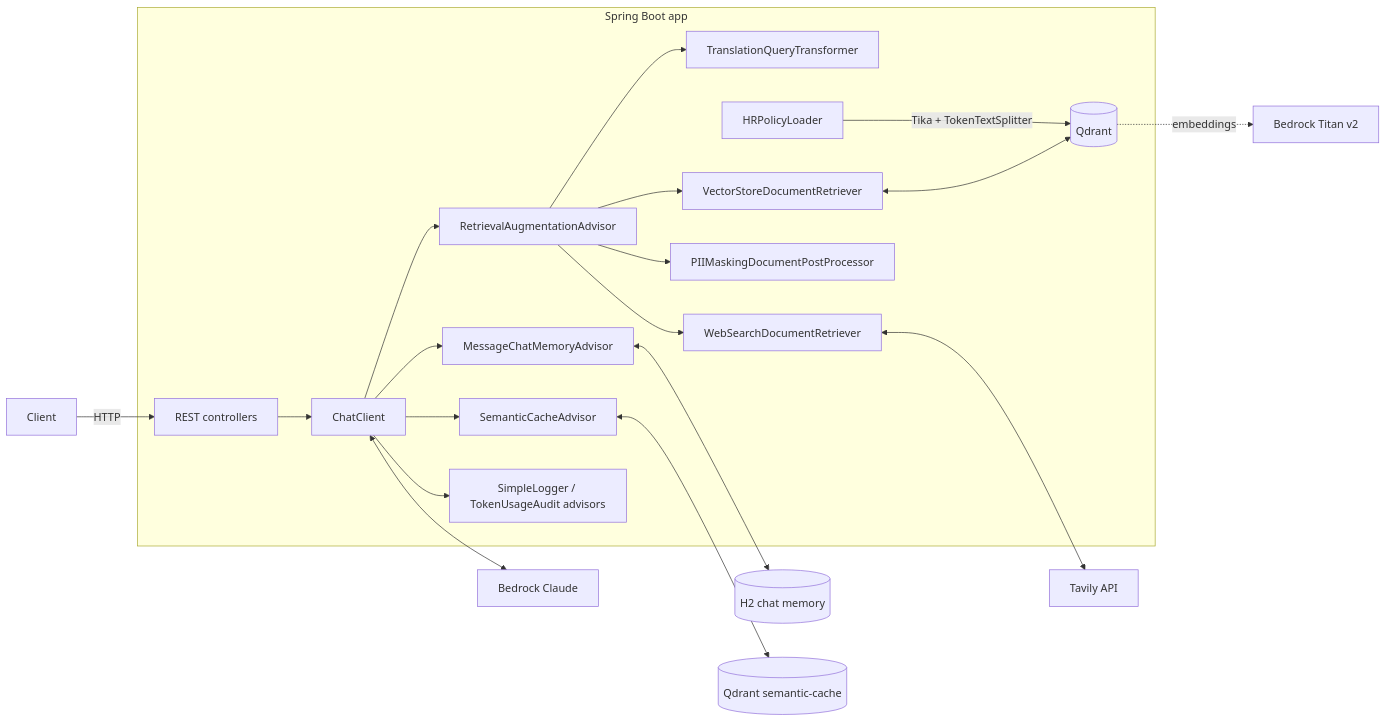
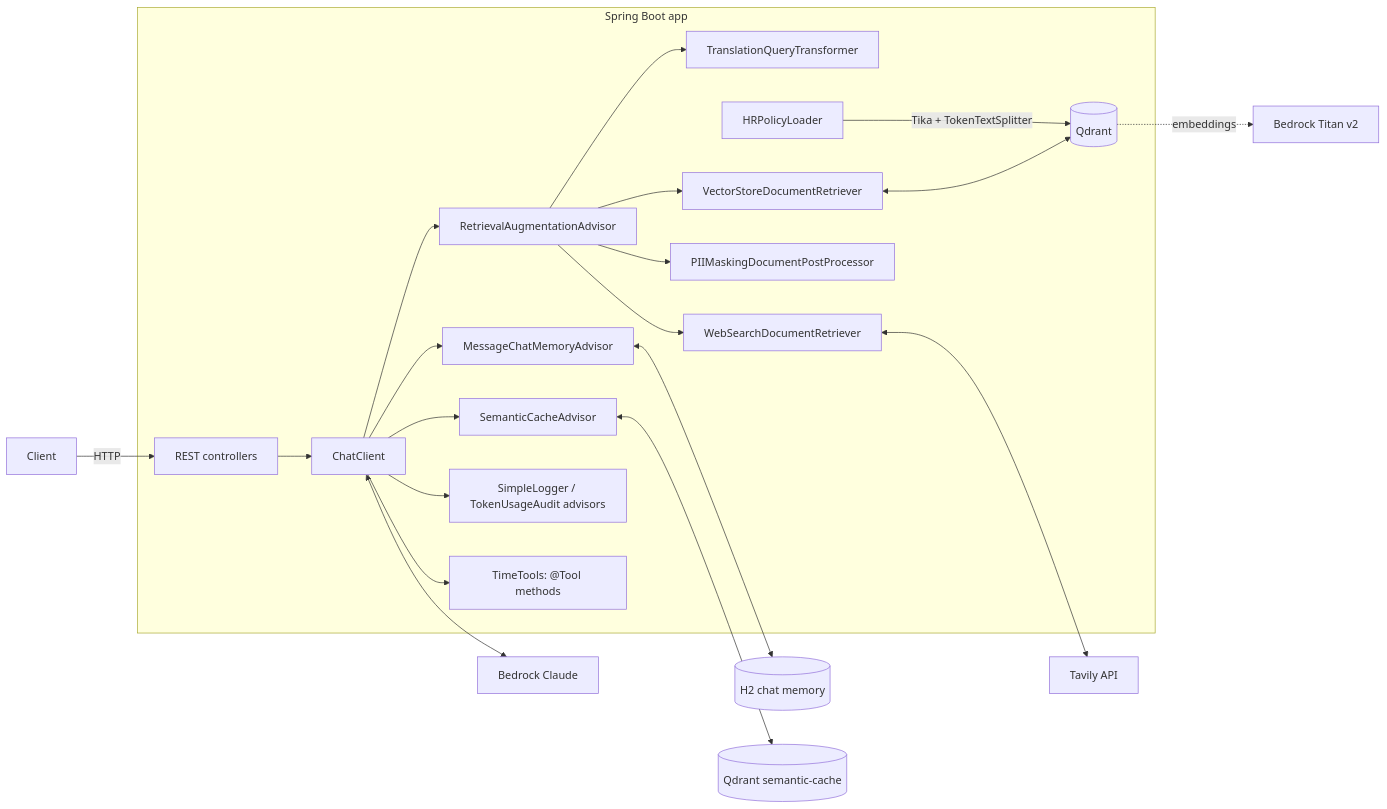
Before and after one commit to souissimehdi/spring-ia: the diagram in README.md, drawn with Mermaid. The commit also changed other lines of this file, not shown here.

Commit message:
Document tool calling in the README

````diff
--- a/README.md
+++ b/README.md
@@ -64,24 +65,25 @@
 ```mermaid
 flowchart LR
     U[Client] -->|HTTP| C[REST controllers]
 
     subgraph Spring Boot app
         C --> CC[ChatClient]
         CC --> A0[SemanticCacheAdvisor]
         CC --> A1[MessageChatMemoryAdvisor]
         CC --> A2[RetrievalAugmentationAdvisor]
         CC --> A3[SimpleLogger / TokenUsageAudit advisors]
+        CC --> TT[TimeTools: @Tool methods]
         A2 --> T[TranslationQueryTransformer]
         A2 --> R[VectorStoreDocumentRetriever]
         A2 --> W[WebSearchDocumentRetriever]
         A2 --> P[PIIMaskingDocumentPostProcessor]
         L[HRPolicyLoader] -->|Tika + TokenTextSplitter| VS
     end
 
     A1 <--> H2[(H2 chat memory)]
     R <--> VS[(Qdrant)]
     A0 <--> SC[(Qdrant semantic-cache)]
     VS -. embeddings .-> E[Bedrock Titan v2]
     W <--> TV[Tavily API]
     CC <--> B[Bedrock Claude]
 ```
````
